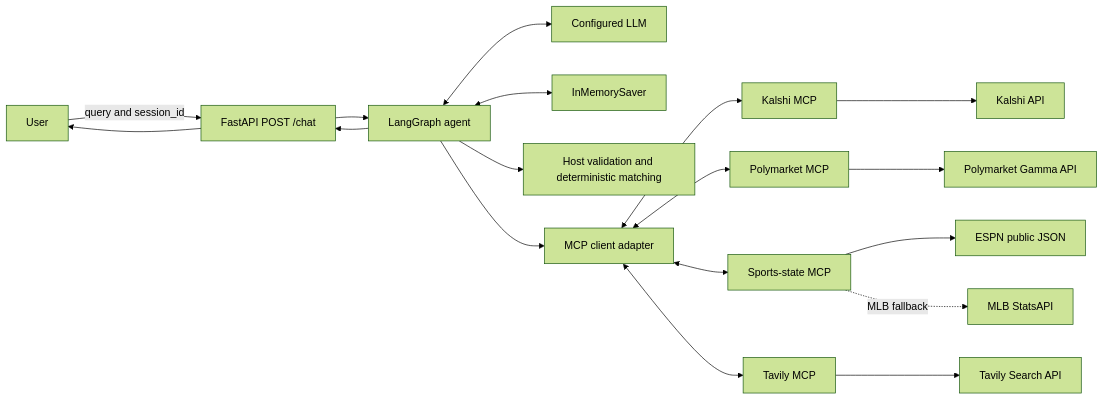
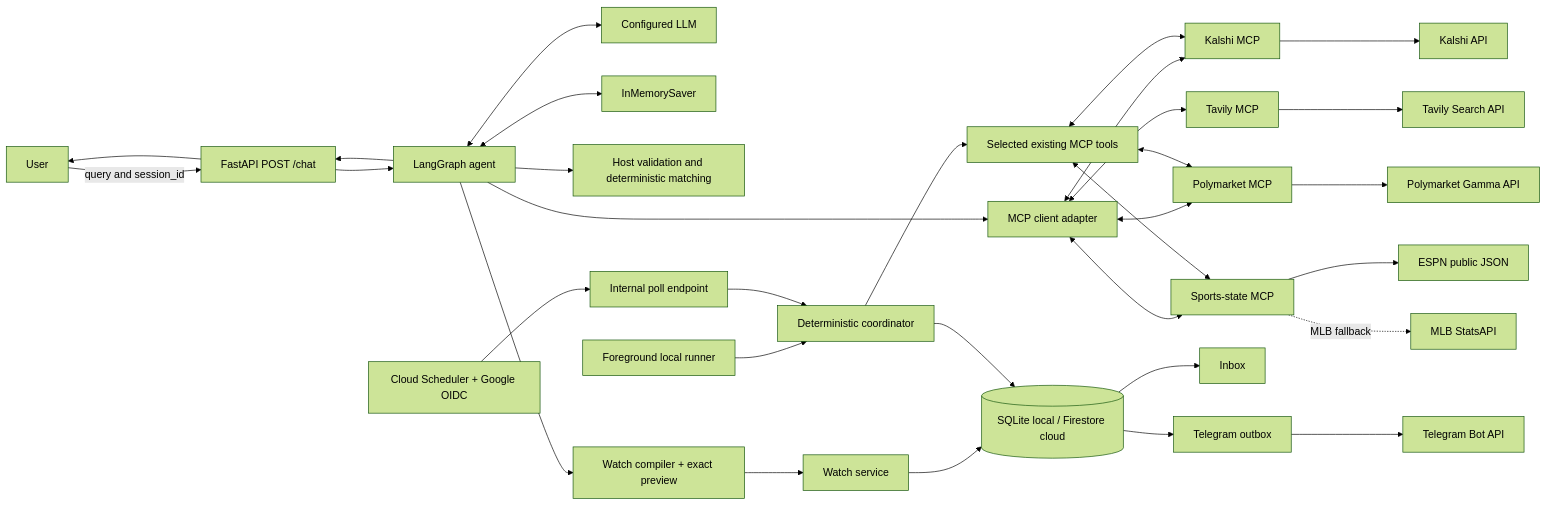
The first of 3 diagrams in README.md (waderylan/prediction-market-agent), drawn with Mermaid (forest theme) before and after one commit. The commit also changed other lines of this file and 34 other files, not shown here.

First line of the commit message:
Complete watch monitoring and Telegram alerts

````diff
--- a/README.md
+++ b/README.md
@@ -220,20 +289,34 @@
 ```mermaid
 flowchart LR
     U[User] -->|query and session_id| F[FastAPI POST /chat]
     F --> G[LangGraph agent]
     G <--> L[Configured LLM]
     G <--> M[InMemorySaver]
     G --> V[Host validation and deterministic matching]
+    G --> WC[Watch compiler + exact preview]
     G --> A[MCP client adapter]
     A <--> K[Kalshi MCP]
     A <--> P[Polymarket MCP]
     A <--> S[Sports-state MCP]
     A <--> T[Tavily MCP]
     K --> KA[Kalshi API]
     P --> PA[Polymarket Gamma API]
     S --> ESPN[ESPN public JSON]
     S -. MLB fallback .-> MLB[MLB StatsAPI]
     T --> TA[Tavily Search API]
+    WC --> WR[Watch service]
+    WR --> DB[(SQLite local / Firestore cloud)]
+    CS[Cloud Scheduler + Google OIDC] --> PE[Internal poll endpoint]
+    LR[Foreground local runner] --> CO[Deterministic coordinator]
+    PE --> CO
+    CO --> SA[Selected existing MCP tools]
+    SA <--> K
+    SA <--> P
+    SA <--> S
+    CO --> DB
+    DB --> IN[Inbox]
+    DB --> OB[Telegram outbox]
+    OB --> TG[Telegram Bot API]
     G --> F
     F --> U
 ```
````
